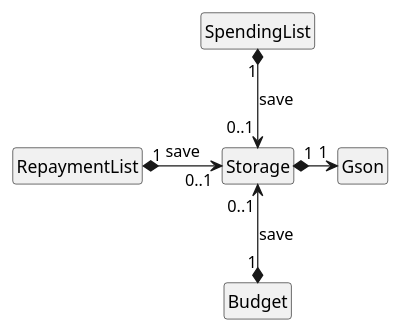
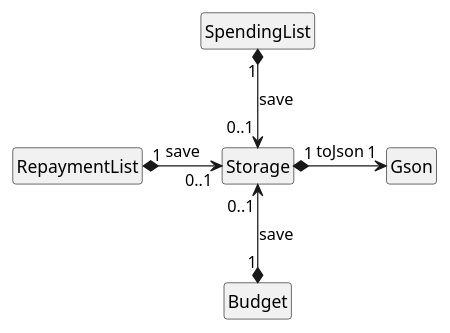
The diagram in src/uml/storageClass.puml (pinfang/tp), drawn with PlantUML before and after one commit. The commit also changed 3 other files, not shown here.

```diff
--- a/src/uml/storageClass.puml
+++ b/src/uml/storageClass.puml
@@ -1,19 +1,19 @@
 @startuml
 
 hide circle
 hide members
 skinparam classAttributeIconSize 0
 
 class "SpendingList"
 class "RepaymentList"
 class "Budget"
 class Storage
 class Gson
 
 SpendingList "1" *-down-> "0..1" Storage : save
 RepaymentList "1" *-right-> "0..1" Storage : save
 Budget "1" *-up-> "0..1" Storage : save
 
-Storage "1" *-right-> "1" Gson
+Storage "1" *-right-> "1" Gson : toJson
 
 @enduml
```
